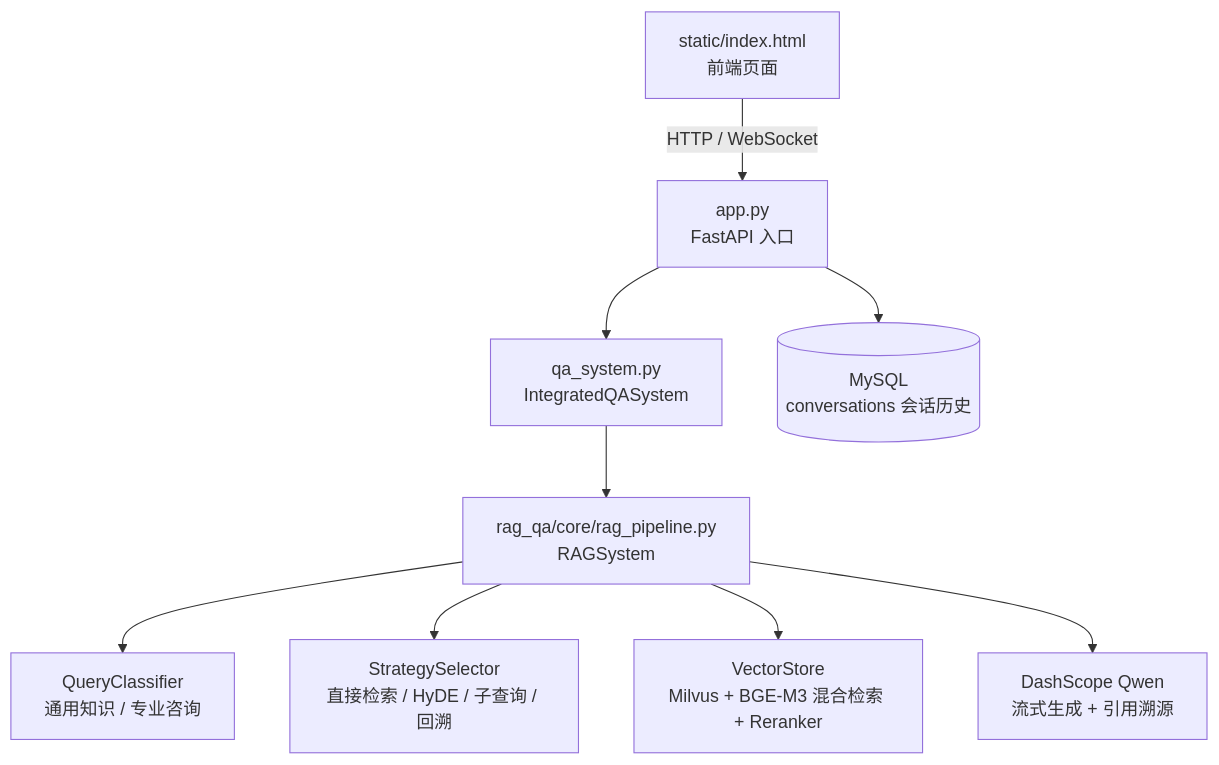
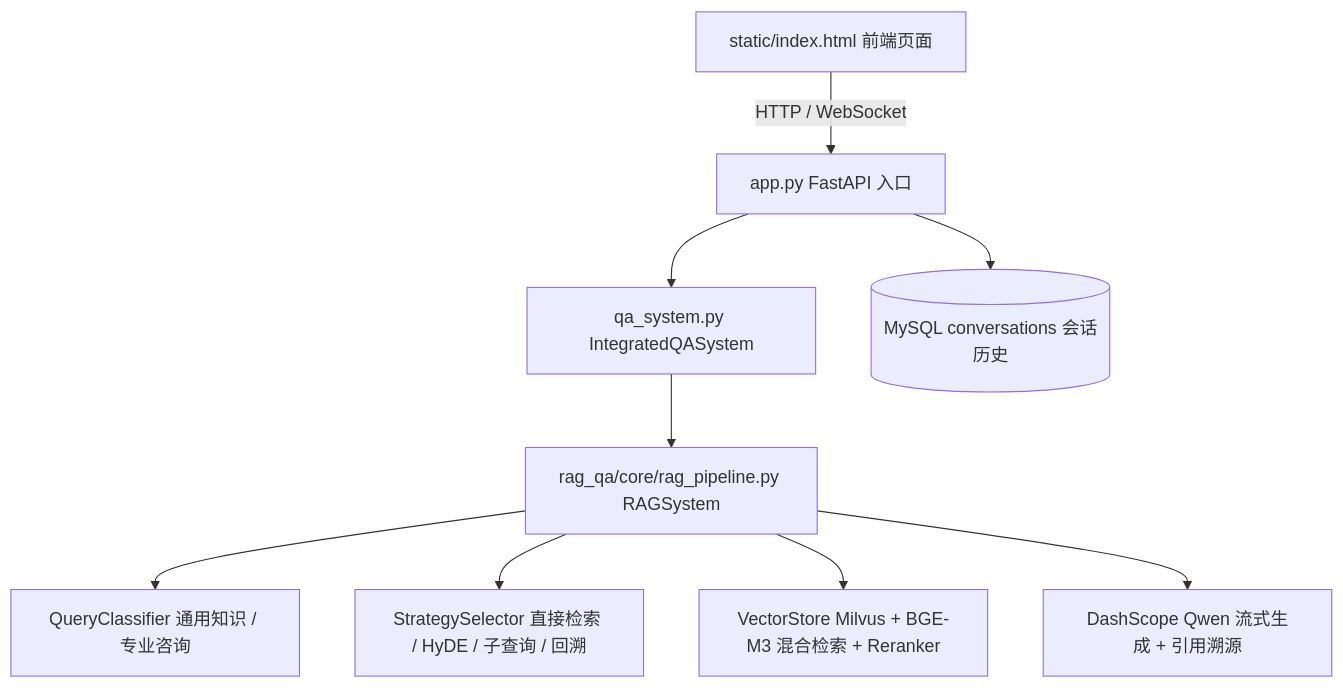
The diagram in README.md (Dove-92/DevDocsRAG), drawn with Mermaid before and after one commit. The commit also changed other lines of this file, not shown here.

````diff
--- a/README.md
+++ b/README.md
@@ -43,11 +30,11 @@
 ```mermaid
 flowchart TD
-    UI["static/index.html<br/>前端页面"] -->|"HTTP / WebSocket"| APP["app.py<br/>FastAPI 入口"]
-    APP --> QA["qa_system.py<br/>IntegratedQASystem"]
-    APP --> MySQL[("MySQL<br/>conversations 会话历史")]
-    QA --> RAG["rag_qa/core/rag_pipeline.py<br/>RAGSystem"]
-    RAG --> QC["QueryClassifier<br/>通用知识 / 专业咨询"]
-    RAG --> SS["StrategySelector<br/>直接检索 / HyDE / 子查询 / 回溯"]
-    RAG --> VS["VectorStore<br/>Milvus + BGE-M3 混合检索 + Reranker"]
-    RAG --> LLM["DashScope Qwen<br/>流式生成 + 引用溯源"]
+    UI["static/index.html 前端页面"] -->|"HTTP / WebSocket"| APP["app.py FastAPI 入口"]
+    APP --> QA["qa_system.py IntegratedQASystem"]
+    APP --> MySQL[("MySQL conversations 会话历史")]
+    QA --> RAG["rag_qa/core/rag_pipeline.py RAGSystem"]
+    RAG --> QC["QueryClassifier 通用知识 / 专业咨询"]
+    RAG --> SS["StrategySelector 直接检索 / HyDE / 子查询 / 回溯"]
+    RAG --> VS["VectorStore Milvus + BGE-M3 混合检索 + Reranker"]
+    RAG --> LLM["DashScope Qwen 流式生成 + 引用溯源"]
 ```
````
